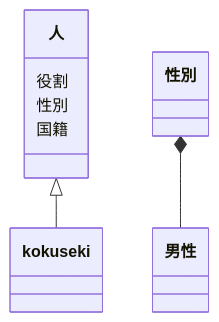
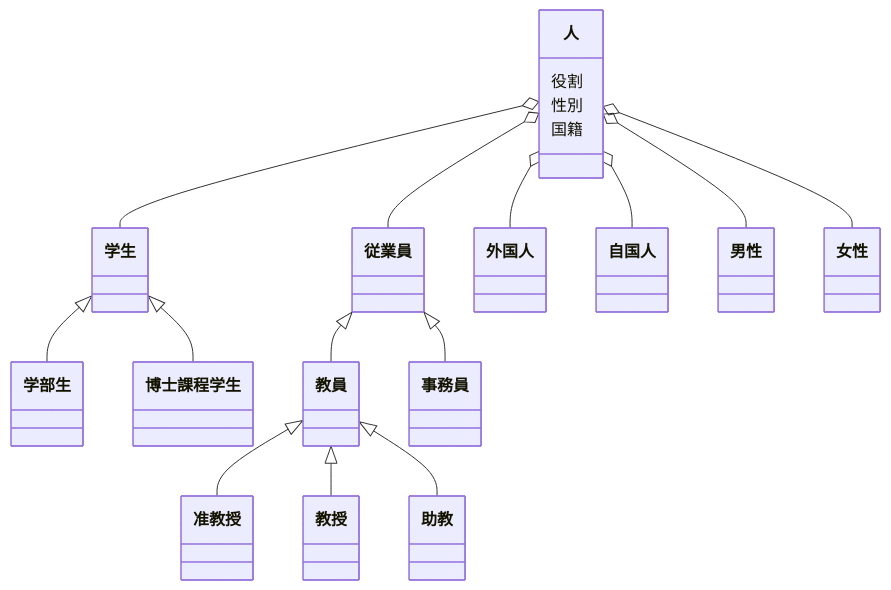
The second of 2 diagrams in README.md (tpu-game-2022/mermaid_test), drawn with Mermaid before and after one commit.

Commit message:
クラス図更新02

````diff
--- a/README.md
+++ b/README.md
@@ -66,9 +66,25 @@
 ```mermaid
 classDiagram
-人 <|-- kokuseki
+人 o-- 学生
+人 o-- 従業員
+
+人 o-- 外国人
+人 o-- 自国人
+
+人 o--男性
+人 o--女性
+
 人 : 役割
 人 : 性別
 人 : 国籍
-性別 *-- 男性
 
+学生<|--学部生
+学生<|--博士課程学生
+
+従業員<|--教員
+従業員<|--事務員
+
+教員<|--准教授
+教員<|--教授
+教員<|--助教
 ```
````
